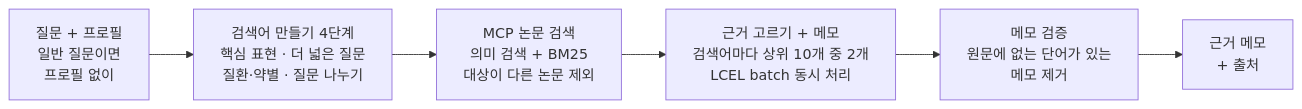
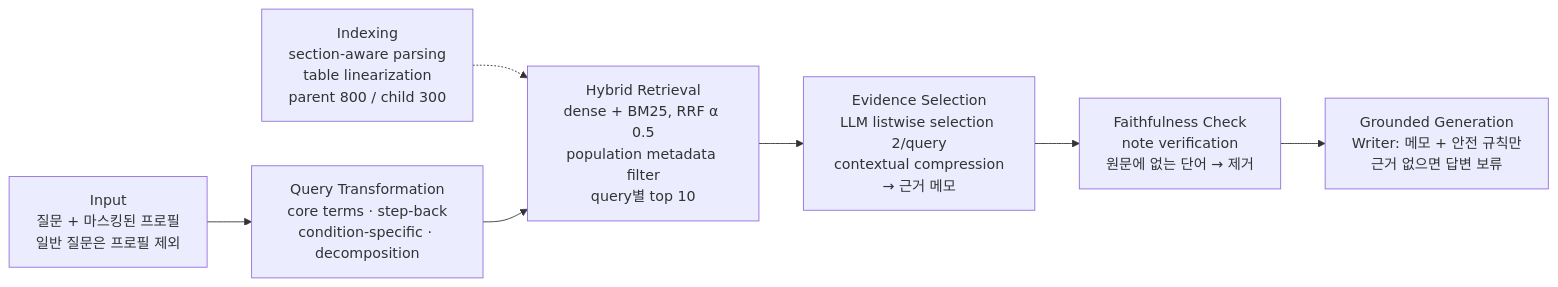
Before and after one commit to sihunwang-skala/health-coach-multi-agent: the second of 3 diagrams in docs/REPORT.md, drawn with Mermaid. The commit also changed other lines of this file and 1 other file, not shown here.

````diff
--- a/docs/REPORT.md
+++ b/docs/REPORT.md
@@ -97,8 +97,9 @@
 ```mermaid
 flowchart LR
-  Q[질문 + 프로필<br/>일반 질문이면<br/>프로필 없이] --> MQ[검색어 만들기 4단계<br/>핵심 표현 · 더 넓은 질문<br/>질환·약별 · 질문 나누기]
-  MQ --> RV[MCP 논문 검색<br/>의미 검색 + BM25<br/>대상이 다른 논문 제외]
-  RV --> PK[근거 고르기 + 메모<br/>검색어마다 상위 10개 중 2개<br/>LCEL batch 동시 처리]
-  PK --> VN[메모 검증<br/>원문에 없는 단어가 있는<br/>메모 제거]
-  VN --> EV[근거 메모<br/>+ 출처]
+  IX[Indexing<br/>section-aware parsing<br/>table linearization<br/>parent 800 / child 300] -.-> RV
+  Q[Input<br/>질문 + 마스킹된 프로필<br/>일반 질문은 프로필 제외] --> MQ[Query Transformation<br/>core terms · step-back<br/>condition-specific · decomposition]
+  MQ --> RV[Hybrid Retrieval<br/>dense + BM25, RRF α 0.5<br/>population metadata filter<br/>query별 top 10]
+  RV --> PK[Evidence Selection<br/>LLM listwise selection 2/query<br/>contextual compression<br/>→ 근거 메모]
+  PK --> VN[Faithfulness Check<br/>note verification<br/>원문에 없는 단어 → 제거]
+  VN --> GN[Grounded Generation<br/>Writer: 메모 + 안전 규칙만<br/>근거 없으면 답변 보류]
 ```
````
